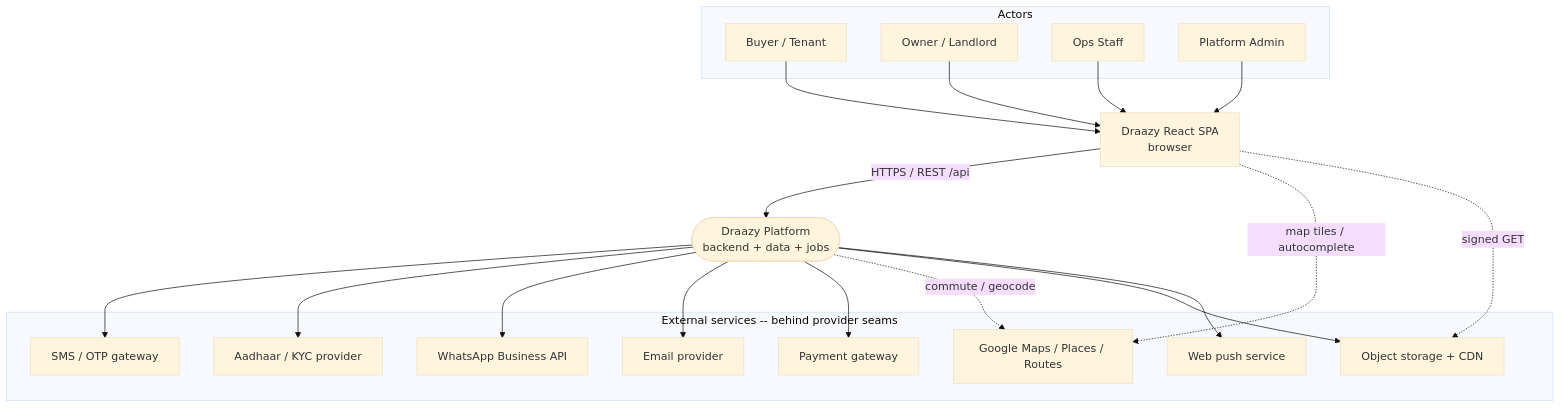
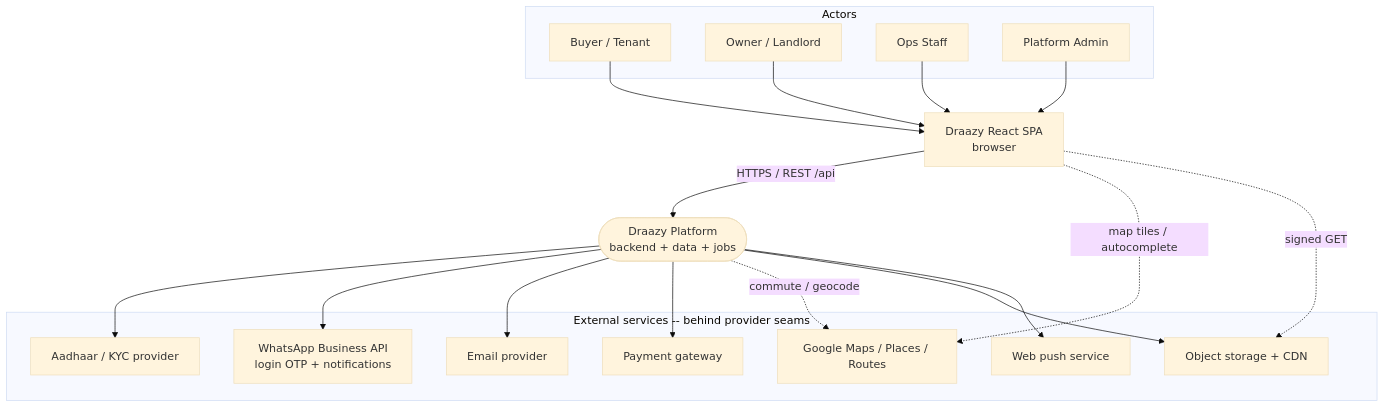
One commit to yatishpatil101/Learning changed the first of 11 diagrams in docs/system/platform-architecture.md. Above: the diagram before and after it, drawn with Mermaid (base theme). The commit also changed other lines of this file and 3 other files, not shown here.

````diff
--- a/docs/system/platform-architecture.md
+++ b/docs/system/platform-architecture.md
@@ -89,40 +89,38 @@
 ```mermaid
 graph TB
     subgraph Actors
         BUYER[Buyer / Tenant]
         OWNER[Owner / Landlord]
         STAFF[Ops Staff]
         ADMIN[Platform Admin]
     end
 
     SPA[Draazy React SPA<br/>browser]
     PLATFORM([Draazy Platform<br/>backend + data + jobs])
 
     BUYER --> SPA
     OWNER --> SPA
     STAFF --> SPA
     ADMIN --> SPA
     SPA -->|HTTPS / REST /api| PLATFORM
 
     subgraph External[External services -- behind provider seams]
-        SMS[SMS / OTP gateway]
         AADHAAR[Aadhaar / KYC provider]
-        WA[WhatsApp Business API]
+        WA[WhatsApp Business API<br/>login OTP + notifications]
         EMAIL[Email provider]
         PAY[Payment gateway]
         MAPS[Google Maps / Places / Routes]
         OBJ[Object storage + CDN]
         PUSH[Web push service]
     end
 
-    PLATFORM --> SMS
     PLATFORM --> AADHAAR
     PLATFORM --> WA
     PLATFORM --> EMAIL
     PLATFORM --> PAY
     SPA -.map tiles / autocomplete.-> MAPS
     PLATFORM -.commute / geocode.-> MAPS
     PLATFORM --> OBJ
     SPA -.signed GET.-> OBJ
     PLATFORM --> PUSH
 ```
````
